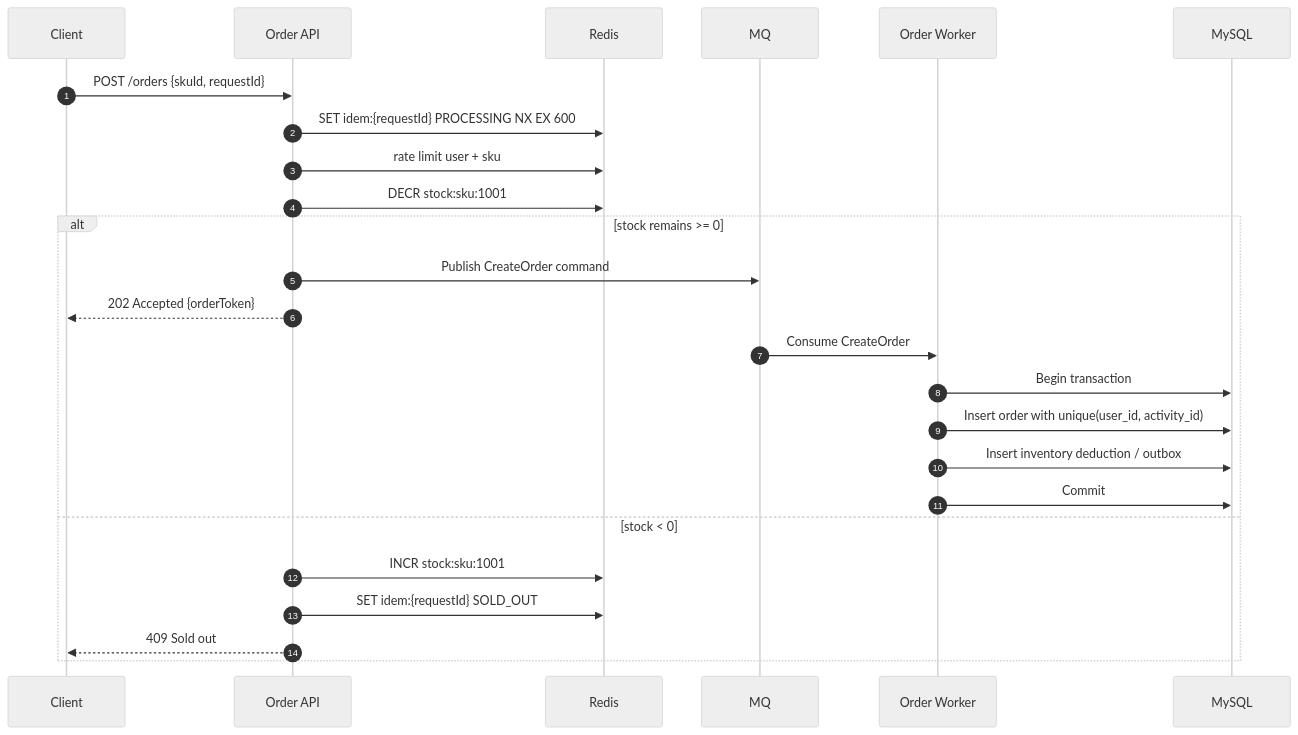
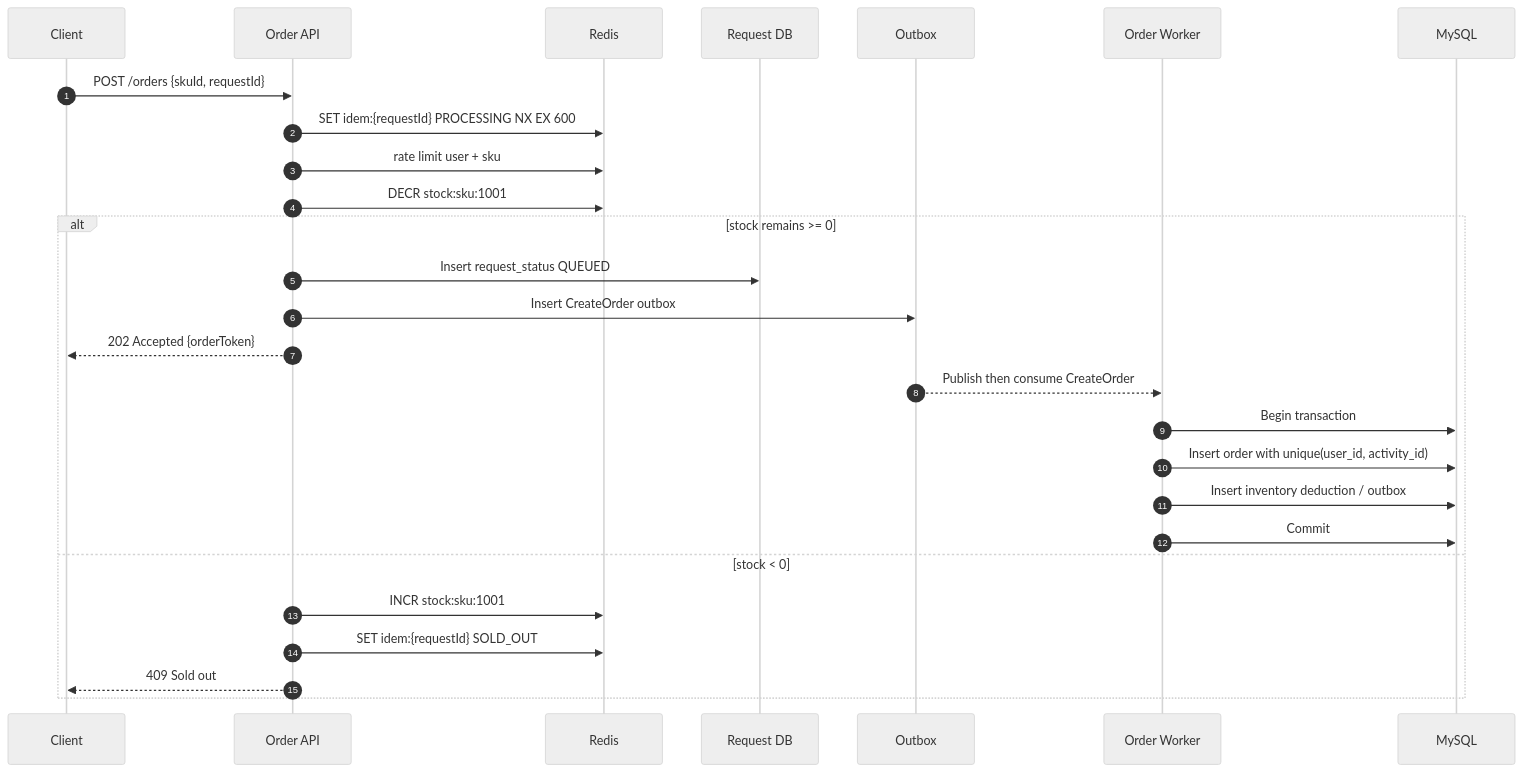
The second of 5 diagrams in docs/practice/high-concurrency-order-system.md (AmazingCaddy/readings-backend), drawn with Mermaid (neutral theme) before and after one commit. The commit also changed other lines of this file and 8 other files, not shown here.

````diff
--- a/docs/practice/high-concurrency-order-system.md
+++ b/docs/practice/high-concurrency-order-system.md
@@ -76,28 +76,30 @@
 ```mermaid
 sequenceDiagram
     autonumber
     participant C as Client
     participant API as Order API
     participant R as Redis
-    participant MQ as MQ
+    participant DB as Request DB
+    participant O as Outbox
     participant W as Order Worker
-    participant DB as MySQL
+    participant ODB as MySQL
 
     C->>API: POST /orders {skuId, requestId}
     API->>R: SET idem:{requestId} PROCESSING NX EX 600
     API->>R: rate limit user + sku
     API->>R: DECR stock:sku:1001
     alt stock remains >= 0
-        API->>MQ: Publish CreateOrder command
+        API->>DB: Insert request_status QUEUED
+        API->>O: Insert CreateOrder outbox
         API-->>C: 202 Accepted {orderToken}
-        MQ->>W: Consume CreateOrder
-        W->>DB: Begin transaction
-        W->>DB: Insert order with unique(user_id, activity_id)
-        W->>DB: Insert inventory deduction / outbox
-        W->>DB: Commit
+        O-->>W: Publish then consume CreateOrder
+        W->>ODB: Begin transaction
+        W->>ODB: Insert order with unique(user_id, activity_id)
+        W->>ODB: Insert inventory deduction / outbox
+        W->>ODB: Commit
     else stock < 0
         API->>R: INCR stock:sku:1001
         API->>R: SET idem:{requestId} SOLD_OUT
         API-->>C: 409 Sold out
     end
 ```
````
